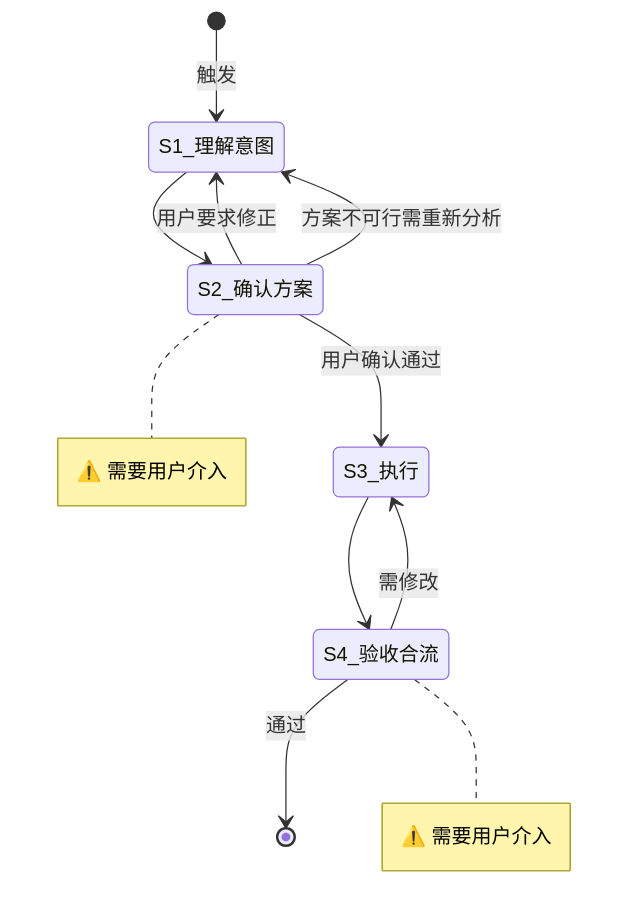
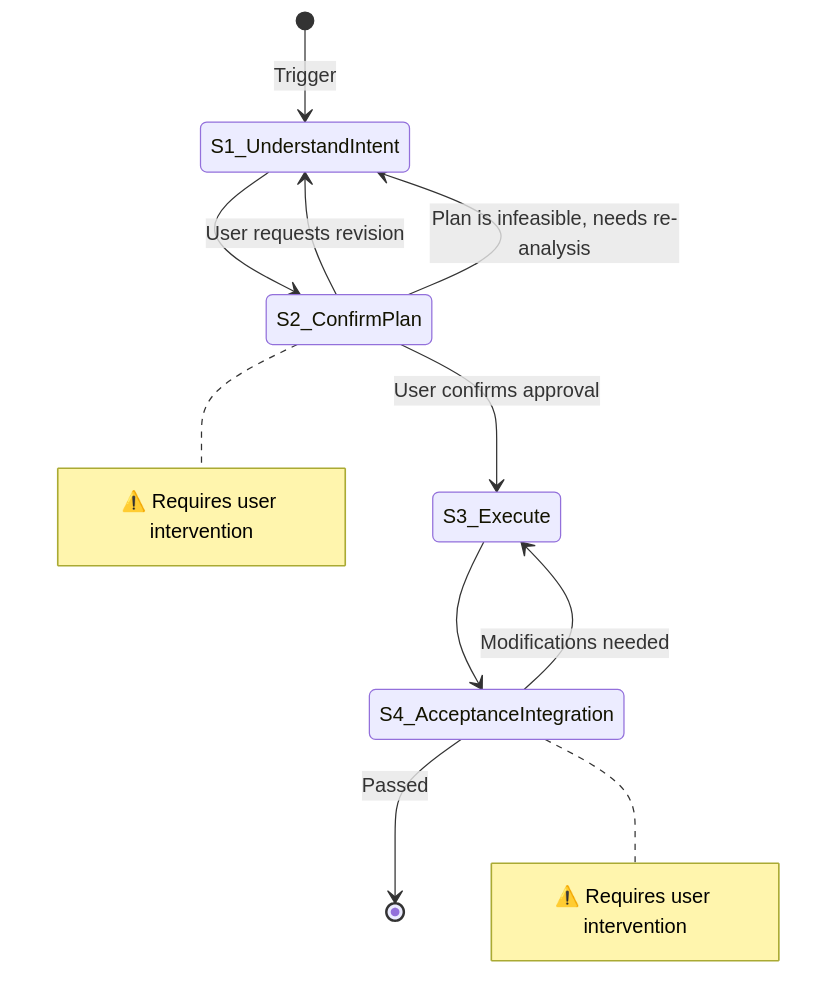
One commit to hank-cp/opencode-vibe-pm changed the diagram in docs/template/side-job/flow.md. Above: the diagram before and after it, drawn with Mermaid. The commit also changed other lines of this file and 17 other files, not shown here.

````diff
--- a/docs/template/side-job/flow.md
+++ b/docs/template/side-job/flow.md
@@ -40,19 +40,19 @@
 ```mermaid
 stateDiagram-v2
-    [*] --> S1_理解意图: 触发
-    S1_理解意图 --> S2_确认方案
-    S2_确认方案 --> S1_理解意图: 用户要求修正
-    S2_确认方案 --> S1_理解意图: 方案不可行需重新分析
-    S2_确认方案 --> S3_执行: 用户确认通过
-    S3_执行 --> S4_验收合流
-    S4_验收合流 --> S3_执行: 需修改
-    S4_验收合流 --> [*]: 通过
+    [*] --> S1_UnderstandIntent: Trigger
+    S1_UnderstandIntent --> S2_ConfirmPlan
+    S2_ConfirmPlan --> S1_UnderstandIntent: User requests revision
+    S2_ConfirmPlan --> S1_UnderstandIntent: Plan is infeasible, needs re-analysis
+    S2_ConfirmPlan --> S3_Execute: User confirms approval
+    S3_Execute --> S4_AcceptanceIntegration
+    S4_AcceptanceIntegration --> S3_Execute: Modifications needed
+    S4_AcceptanceIntegration --> [*]: Passed
 
-    note right of S2_确认方案
-        ⚠️ 需要用户介入
+    note right of S2_ConfirmPlan
+        ⚠️ Requires user intervention
     end note
 
-    note right of S4_验收合流
-        ⚠️ 需要用户介入
+    note right of S4_AcceptanceIntegration
+        ⚠️ Requires user intervention
     end note
 ```
````
